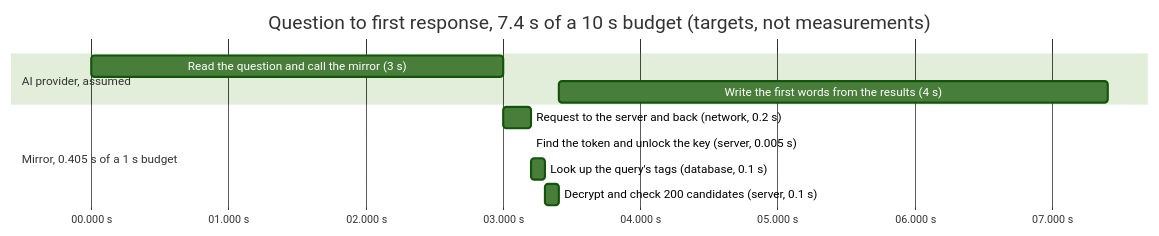
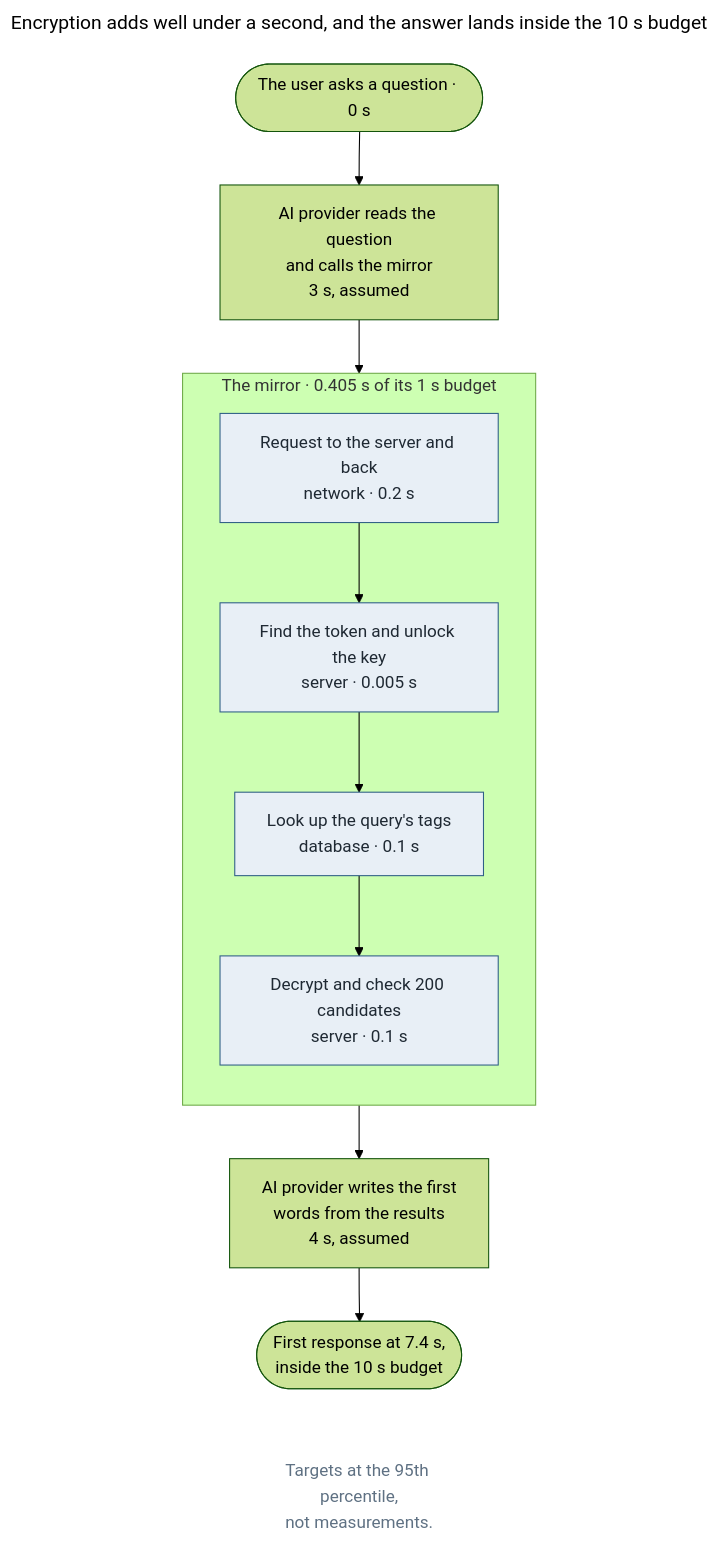
Before and after one commit to ajs-consult-llc/mirror-encryption-rfc: the diagram in diagrams/latency-budget-targets-at-the-95th-percentile-not-measurements.mmd, drawn with Mermaid (forest theme). The commit also changed 23 other files, not shown here.

First line of the commit message:
Diagrams that read: titles, short lines, vertical layouts

```diff
--- a/diagrams/latency-budget-targets-at-the-95th-percentile-not-measurements.mmd
+++ b/diagrams/latency-budget-targets-at-the-95th-percentile-not-measurements.mmd
@@ -1,14 +1,18 @@
-gantt
+---
+title: "Encryption adds well under a second, and the answer lands inside the 10 s budget"
+---
+flowchart TB
   accTitle: Encryption adds well under a second, and the answer lands inside the 10-second budget
   accDescr: Question to first response is 7.4 seconds at the 95th percentile, of which the mirror is 0.405 seconds. These are targets, not measurements. The AI provider reads the question and calls the mirror in an assumed 3 seconds. The mirror then takes 0.405 seconds of its 1-second budget: 0.2 seconds for the request to the server and back over the network, 0.005 seconds on the server to find the token and unlock the key, 0.1 seconds in the database to look up the query's tags, and 0.1 seconds on the server to decrypt and check 200 candidates. The AI provider then writes the first words from the results in an assumed 4 seconds, so the first response arrives at 7.4 seconds, inside the 10-second budget.
-  title Question to first response, 7.4 s of a 10 s budget (targets, not measurements)
-  dateFormat x
-  axisFormat %S.%L s
-  section AI provider, assumed
-  Read the question and call the mirror (3 s)        : 0, 3000
-  Write the first words from the results (4 s)       : 3405, 7405
-  section Mirror, 0.405 s of a 1 s budget
-  Request to the server and back (network, 0.2 s)    : 3000, 3200
-  Find the token and unlock the key (server, 0.005 s) : 3200, 3205
-  Look up the query's tags (database, 0.1 s)         : 3205, 3305
-  Decrypt and check 200 candidates (server, 0.1 s)   : 3305, 3405
+  Q(["The user asks a question · 0 s"]) --> A["AI provider reads the question<br/>and calls the mirror<br/>3 s, assumed"]
+  A --> M
+  subgraph M["The mirror · 0.405 s of its 1 s budget"]
+    direction TB
+    M1["Request to the server and back<br/>network · 0.2 s"] --> M2["Find the token and unlock the key<br/>server · 0.005 s"] --> M3["Look up the query's tags<br/>database · 0.1 s"] --> M4["Decrypt and check 200 candidates<br/>server · 0.1 s"]
+  end
+  M --> W["AI provider writes the first<br/>words from the results<br/>4 s, assumed"]
+  W --> F(["First response at 7.4 s,<br/>inside the 10 s budget"])
+  F ~~~ N["Targets at the 95th percentile,<br/>not measurements."]:::note
+  classDef mirror stroke:#2f5f86,fill:#e8eff6,color:#1f2933
+  class M1,M2,M3,M4 mirror
+  classDef note fill:none,stroke:none,color:#5f7183
```
